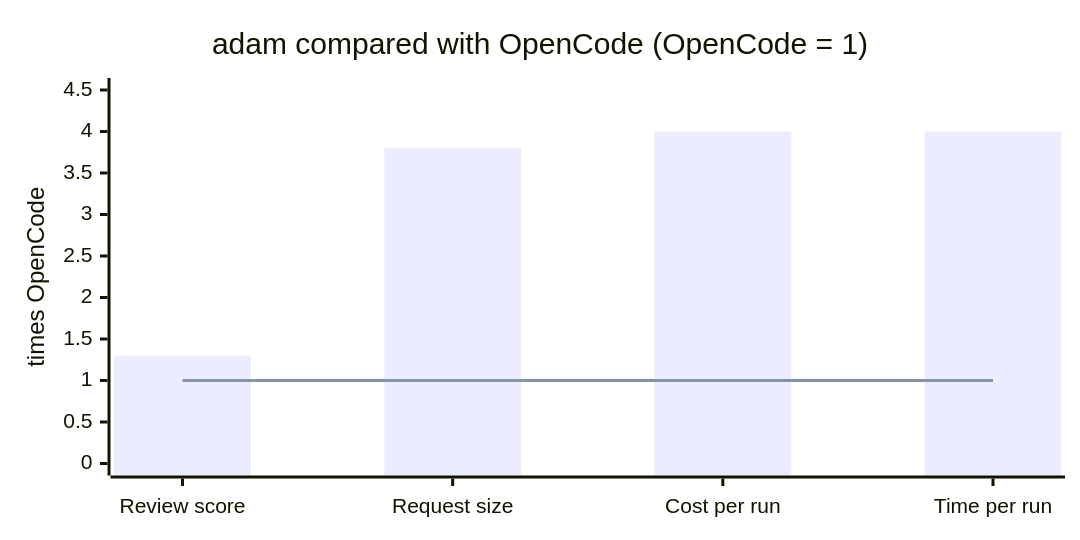
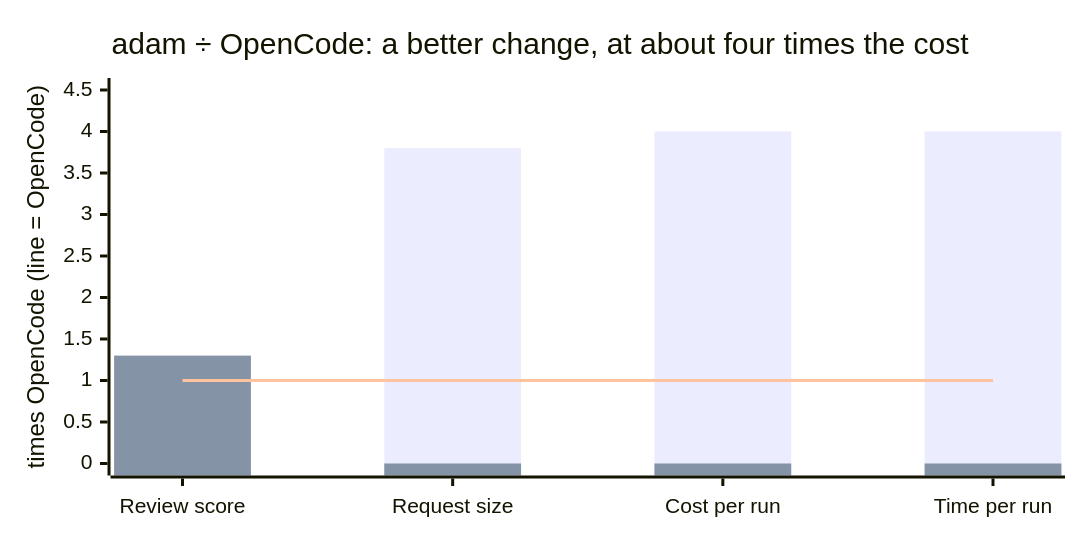
The sixth of 7 diagrams in apps/cms/src/bootstrap/articles/14-building-adam-rs-part-1.md (WhyThatFunction/ssegning-com), drawn with Mermaid before and after one commit. The commit also changed 1 other file, not shown here.

Commit message:
feat(web): charts highlight one figure
Owner's suggestion: a distinct colour for the core information. The
xychart palette is now muted, accent, ink in declaration order, so a chart
draws its context in the muted colour, the figure that carries the point
in the accent, and an optional reference line in ink. To highlight one bar
of a set, split it into two `bar` series with zeros; the renderer removes
zero-value bars, which mermaid would otherwise draw a few pixels tall.

The adam-rs benchmark chart now shows the review score in the accent and
the three costs muted, with OpenCode as the reference line.

````diff
--- a/apps/cms/src/bootstrap/articles/14-building-adam-rs-part-1.md
+++ b/apps/cms/src/bootstrap/articles/14-building-adam-rs-part-1.md
@@ -163,13 +163,14 @@
 ```mermaid
 ---
 config:
   xyChart:
     height: 340
 ---
 xychart-beta
-    title "adam compared with OpenCode (OpenCode = 1)"
+    title "adam ÷ OpenCode: a better change, at about four times the cost"
     x-axis ["Review score", "Request size", "Cost per run", "Time per run"]
-    y-axis "times OpenCode" 0 --> 4.5
-    bar [1.3, 3.8, 4, 4]
+    y-axis "times OpenCode (line = OpenCode)" 0 --> 4.5
+    bar [0, 3.8, 4, 4]
+    bar [1.3, 0, 0, 0]
     line [1, 1, 1, 1]
 ```
````
